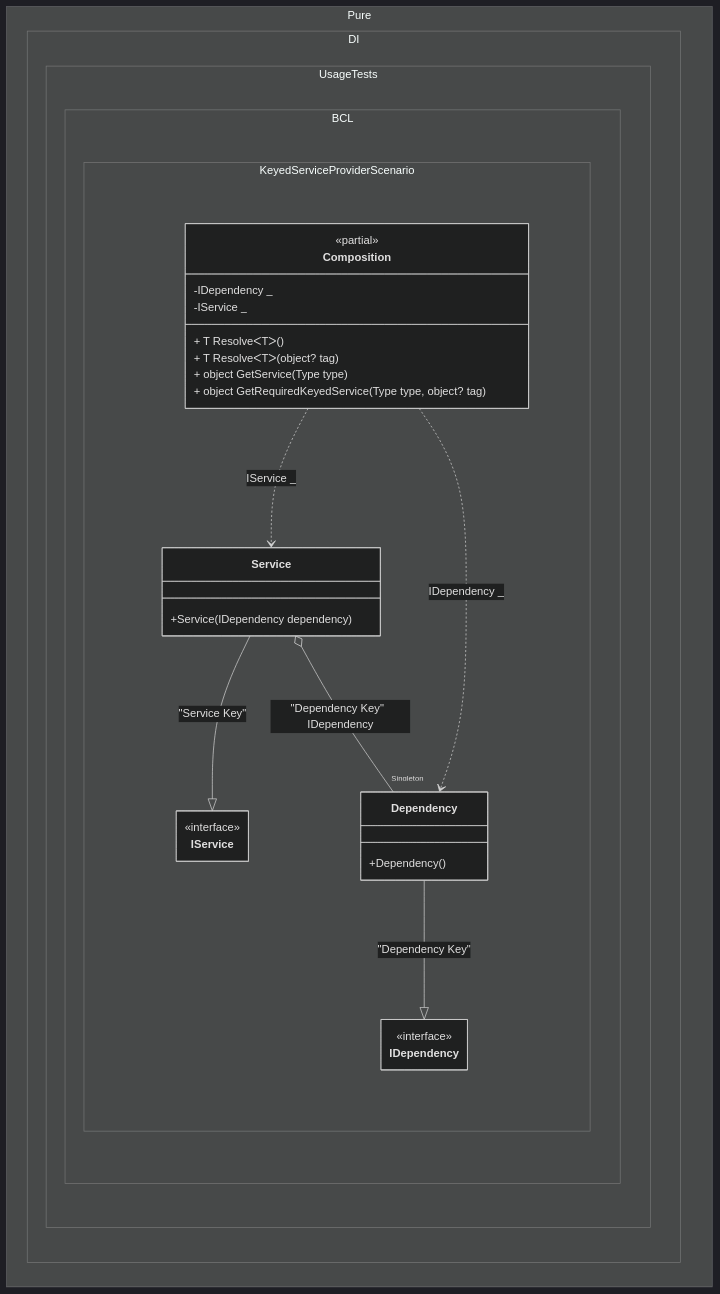
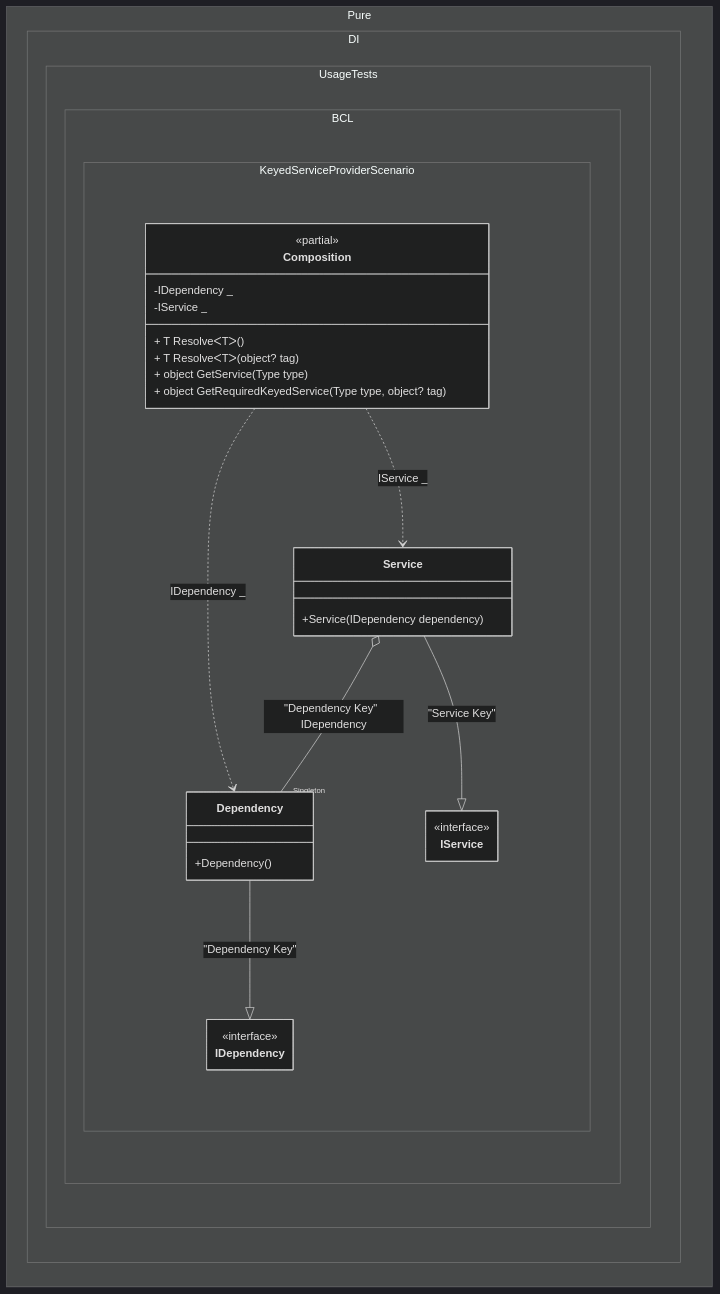
One commit to DevTeam/Pure.DI changed the diagram in readme/keyed-service-provider.md. Above: the diagram before and after it, drawn with Mermaid (dark theme). The commit also changed other lines of this file and 113 other files, not shown here.

````diff
--- a/readme/keyed-service-provider.md
+++ b/readme/keyed-service-provider.md
@@ -283,36 +283,36 @@
 ```mermaid
 ---
  config:
   class:
    hideEmptyMembersBox: true
 ---
 classDiagram
+	Dependency --|> IDependency : "Dependency Key" 
 	Service --|> IService : "Service Key" 
-	Dependency --|> IDependency : "Dependency Key" 
 	Composition ..> Service : IService _
 	Composition ..> Dependency : IDependency _
 	Service o-- "Singleton" Dependency : "Dependency Key"  IDependency
 	namespace Pure.DI.UsageTests.BCL.KeyedServiceProviderScenario {
 		class Composition {
 		<<partial>>
 		-IDependency _
 		-IService _
 		+ T ResolveᐸTᐳ()
 		+ T ResolveᐸTᐳ(object? tag)
 		+ object GetService(Type type)
 		+ object GetRequiredKeyedService(Type type, object? tag)
 		}
 		class Dependency {
 			+Dependency()
 		}
 		class IDependency {
 			<<interface>>
 		}
 		class IService {
 			<<interface>>
 		}
 		class Service {
 			+Service(IDependency dependency)
 		}
 	}
 ```
````
